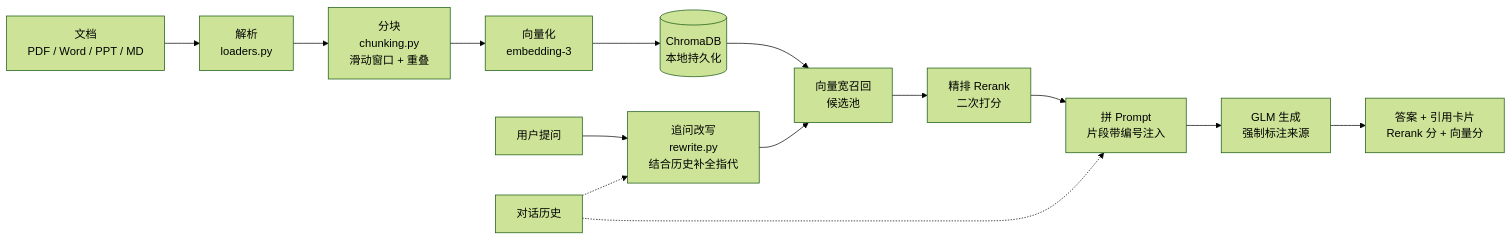
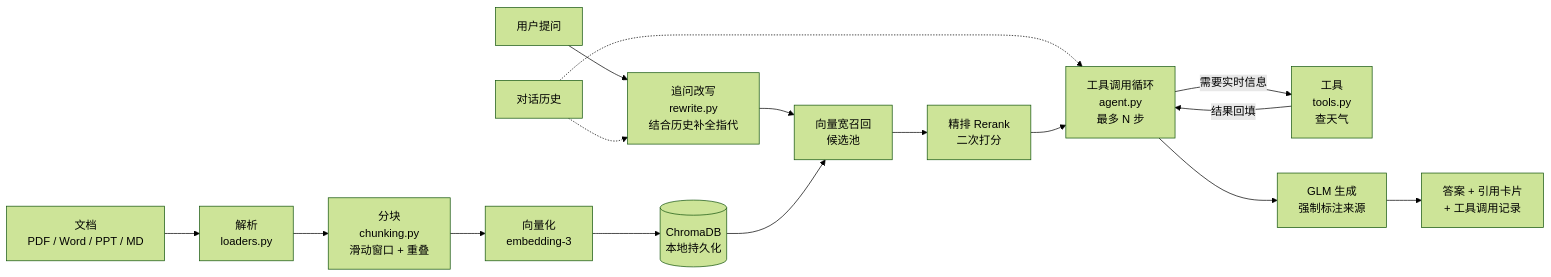
Before and after one commit to Yoshino-0721/rag-knowledge-base: the diagram in README.md, drawn with Mermaid (forest theme). The commit also changed other lines of this file and 17 other files, not shown here.

````diff
--- a/README.md
+++ b/README.md
@@ -63,17 +67,19 @@
 ```mermaid
 flowchart LR
     A["文档<br/>PDF / Word / PPT / MD"] --> B["解析<br/>loaders.py"]
     B --> C["分块<br/>chunking.py<br/>滑动窗口 + 重叠"]
     C --> D["向量化<br/>embedding-3"]
     D --> E[("ChromaDB<br/>本地持久化")]
 
     Q["用户提问"] --> RW["追问改写<br/>rewrite.py<br/>结合历史补全指代"]
     H2["对话历史"] -.-> RW
-    H2 -.-> G
+    H2 -.-> AG
     RW --> R["向量宽召回<br/>候选池"]
     E --> R
     R --> RR["精排 Rerank<br/>二次打分"]
-    RR --> G["拼 Prompt<br/>片段带编号注入"]
-    G --> H["GLM 生成<br/>强制标注来源"]
-    H --> I["答案 + 引用卡片<br/>Rerank 分 + 向量分"]
+    RR --> AG["工具调用循环<br/>agent.py<br/>最多 N 步"]
+    AG -->|"需要实时信息"| T["工具<br/>tools.py<br/>查天气"]
+    T -->|"结果回填"| AG
+    AG --> H["GLM 生成<br/>强制标注来源"]
+    H --> I["答案 + 引用卡片<br/>+ 工具调用记录"]
 ```
````
